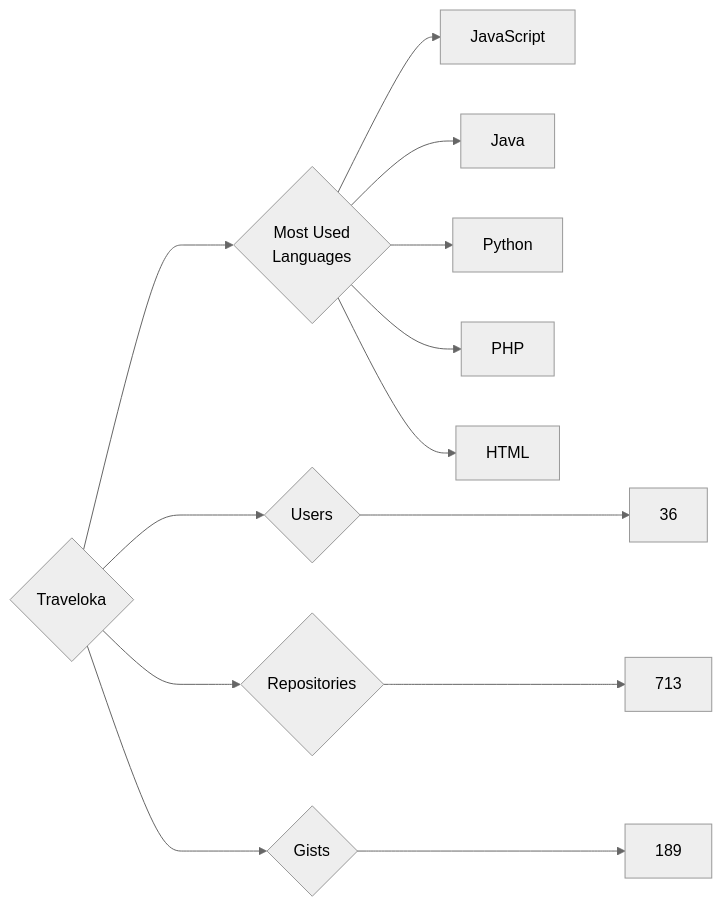
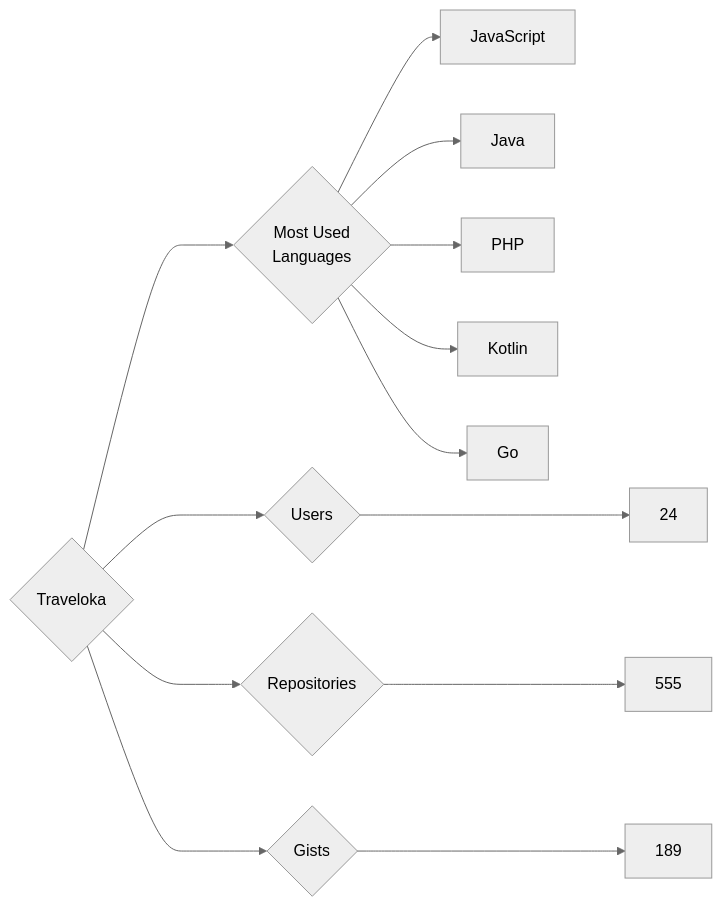
The diagram in targets/Traveloka/README.md (trickest/insiders), drawn with Mermaid (neutral theme) before and after one commit. The commit also changed 770 other files, not shown here.

````diff
--- a/targets/Traveloka/README.md
+++ b/targets/Traveloka/README.md
@@ -3,13 +3,13 @@
 ```mermaid
 graph LR
 COMPANY_NAME{Traveloka}
-COMPANY_NAME ---> U{Users} ---> UN[36]
-COMPANY_NAME ---> R{Repositories} ---> RN[713]
+COMPANY_NAME ---> U{Users} ---> UN[24]
+COMPANY_NAME ---> R{Repositories} ---> RN[555]
 COMPANY_NAME ---> G{Gists} ---> GN[189]
 COMPANY_NAME ---> ML{Most Used<br>Languages}
 ML --> JavaScript[JavaScript]
 ML --> Java[Java]
-ML --> Python[Python]
 ML --> PHP[PHP]
-ML --> HTML[HTML]
+ML --> Kotlin[Kotlin]
+ML --> Go[Go]
 ```
````
